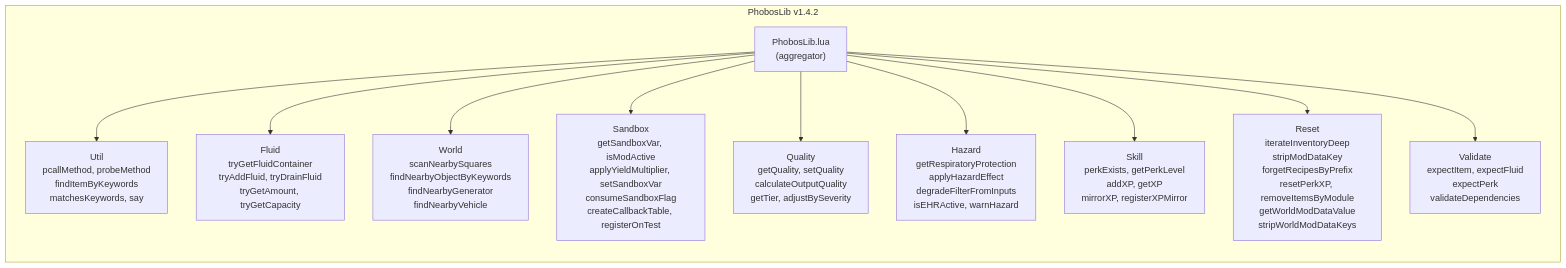
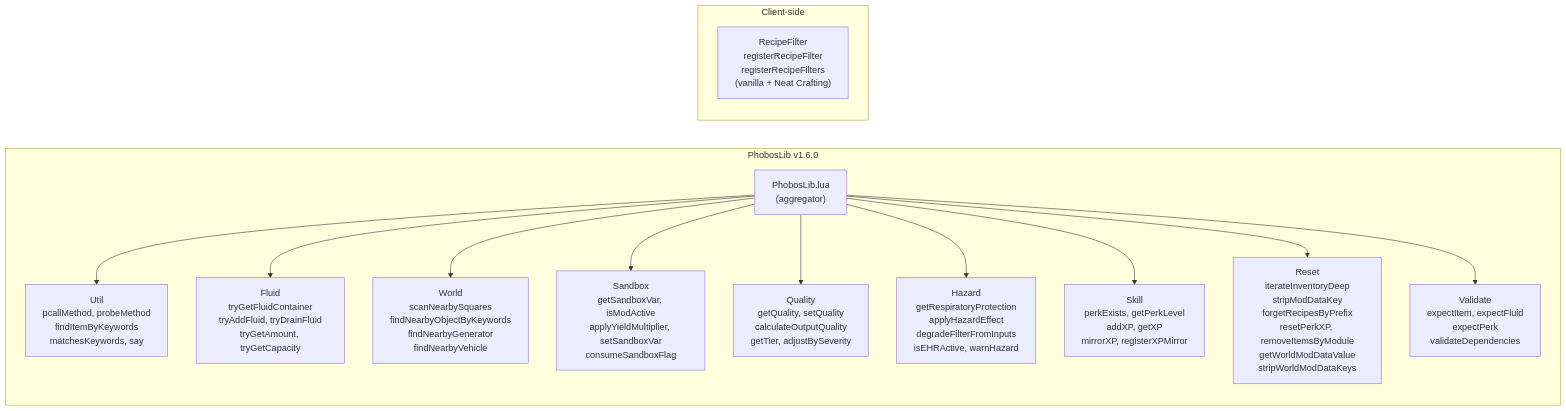
Before and after one commit to phobos-dthorga/mod-pz-phobos-lib: the diagram in docs/mermaid-src/phoboslib-modules.mmd, drawn with Mermaid. The commit also changed 4 other files, not shown here.

First line of the commit message:
docs: update README, diagrams, and API reference for v1.6.0

```diff
--- a/docs/mermaid-src/phoboslib-modules.mmd
+++ b/docs/mermaid-src/phoboslib-modules.mmd
@@ -1,32 +1,36 @@
 graph LR
-    subgraph LIB["PhobosLib v1.4.2"]
+    subgraph LIB["PhobosLib v1.6.0"]
         INIT["PhobosLib.lua<br/>(aggregator)"]
 
         UTIL["Util<br/>pcallMethod, probeMethod<br/>findItemByKeywords<br/>matchesKeywords, say"]
 
         FLUID["Fluid<br/>tryGetFluidContainer<br/>tryAddFluid, tryDrainFluid<br/>tryGetAmount, tryGetCapacity"]
 
         WORLD["World<br/>scanNearbySquares<br/>findNearbyObjectByKeywords<br/>findNearbyGenerator<br/>findNearbyVehicle"]
 
-        SANDBOX["Sandbox<br/>getSandboxVar, isModActive<br/>applyYieldMultiplier, setSandboxVar<br/>consumeSandboxFlag<br/>createCallbackTable, registerOnTest"]
+        SANDBOX["Sandbox<br/>getSandboxVar, isModActive<br/>applyYieldMultiplier, setSandboxVar<br/>consumeSandboxFlag"]
 
         QUALITY["Quality<br/>getQuality, setQuality<br/>calculateOutputQuality<br/>getTier, adjustBySeverity"]
 
         HAZ["Hazard<br/>getRespiratoryProtection<br/>applyHazardEffect<br/>degradeFilterFromInputs<br/>isEHRActive, warnHazard"]
 
         SKL["Skill<br/>perkExists, getPerkLevel<br/>addXP, getXP<br/>mirrorXP, registerXPMirror"]
 
         RST["Reset<br/>iterateInventoryDeep<br/>stripModDataKey<br/>forgetRecipesByPrefix<br/>resetPerkXP, removeItemsByModule<br/>getWorldModDataValue<br/>stripWorldModDataKeys"]
 
         VAL["Validate<br/>expectItem, expectFluid<br/>expectPerk<br/>validateDependencies"]
     end
 
+    subgraph CLIENT["Client-side"]
+        RF["RecipeFilter<br/>registerRecipeFilter<br/>registerRecipeFilters<br/>(vanilla + Neat Crafting)"]
+    end
+
     INIT --> UTIL
     INIT --> FLUID
     INIT --> WORLD
     INIT --> SANDBOX
     INIT --> QUALITY
     INIT --> HAZ
     INIT --> SKL
     INIT --> RST
     INIT --> VAL
```
